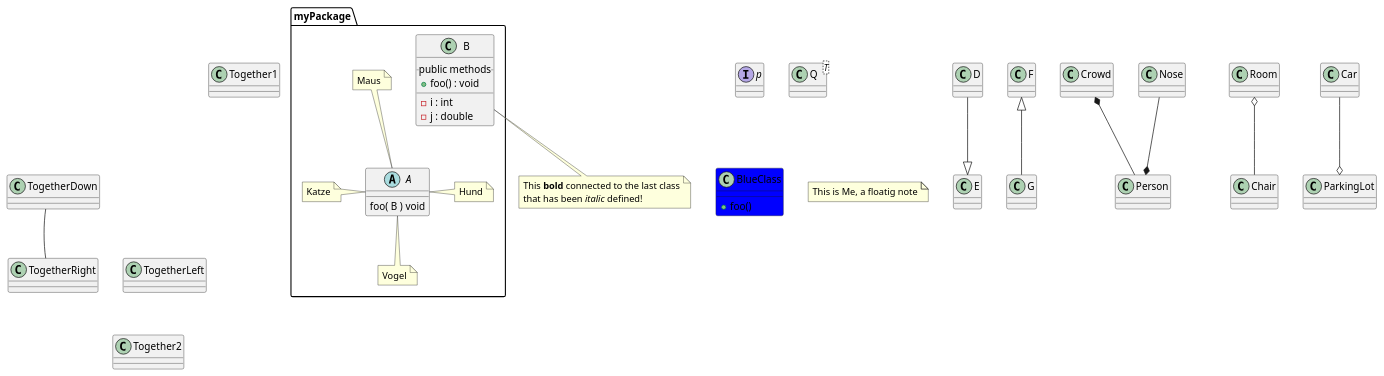
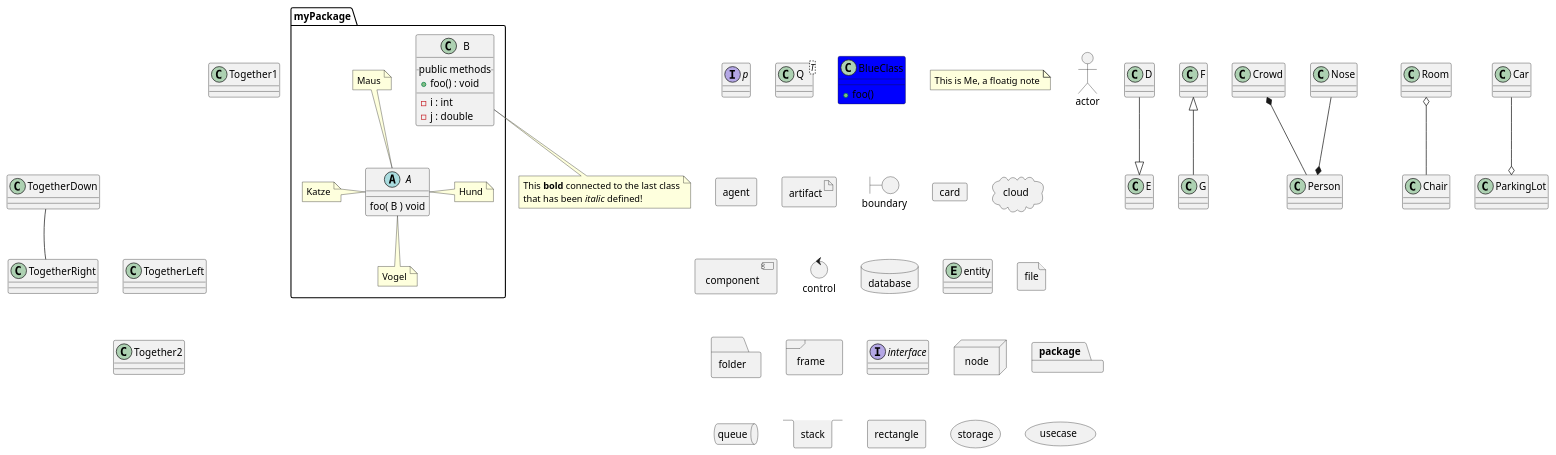
One commit to langenhagen/protofiles changed the diagram in plantuml_proto.plantuml. Above: the diagram before and after it, drawn with PlantUML.

Commit message:
Add stuff to plantuml_proto.plantuml

```diff
--- a/plantuml_proto.plantuml
+++ b/plantuml_proto.plantuml
@@ -1,62 +1,100 @@
 @startuml
 
 ' Full line comment
 /' several lines
 comment '/
 
 ' care first about the data and then about the layout. It likely changes.
+
+
+' this one can make lines straight
+' skinparam linetype ortho
 
 package myPackage {
 
     abstract A
     A : foo( B ) void
 
     note top of A : Maus
     note left of A : Katze
     note right of A : Hund
     note bottom of A : Vogel
 
     class B {
         __public methods__
         + foo() : void
         __
         - i : int
         - j : double
     }
 }
 
 note bottom
     This **bold** connected to the last class
     that has been //italic// defined!
 end note
+
+
 
 interface p
 class Q<T>
 
 ' inheritance
 D --|> E
 F <|-- G
 
 
 ' composition
 Crowd *-- Person
 Nose --* Person
 
 ' aggregation
 Room o-- Chair
 Car --o ParkingLot
 
 class BlueClass #blue {
     + foo()
 }
 
 note "This is Me, a floatig note" as N1
 
 ' the lenght of the arrows indicates the togetherness of the classes!
 Together1 -[hidden]--- Together2
 TogetherRight -[hidden]left- TogetherLeft
 TogetherRight -[hidden]down- TogetherDown
 TogetherRight -up- TogetherDown
 TogetherRight -[hidden]- Together2
 
+
+
+' Deployment Diagrams
+' found here: http://plantuml.com/deployment-diagram
+
+' specifying "allowmixing" is necessary if you want to mix classes and UML stuff with deployment diagram stuff
+
+allowmixing
+
+actor actor
+agent agent
+artifact artifact
+boundary boundary
+card card
+cloud cloud
+component component
+control control
+database database
+entity entity
+file file
+folder folder
+frame frame
+interface  interface
+node node
+package package
+queue queue
+stack stack
+rectangle rectangle
+storage storage
+usecase usecase
+
+
 @enduml
```
